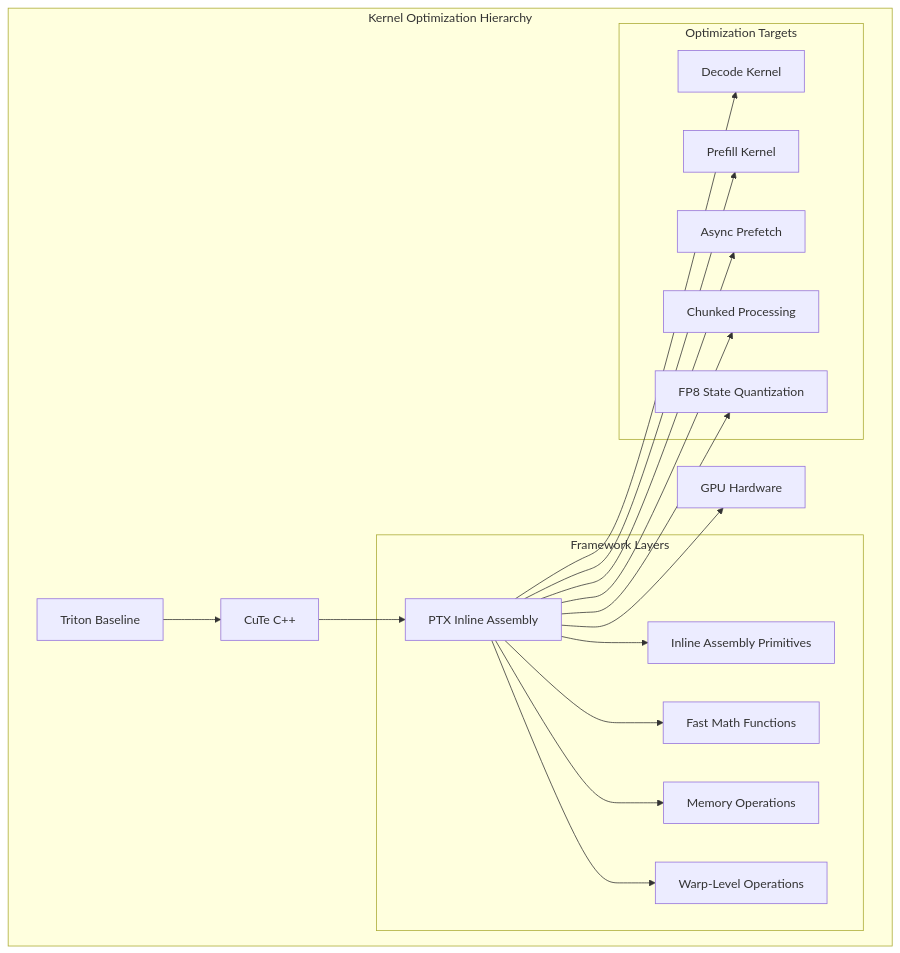
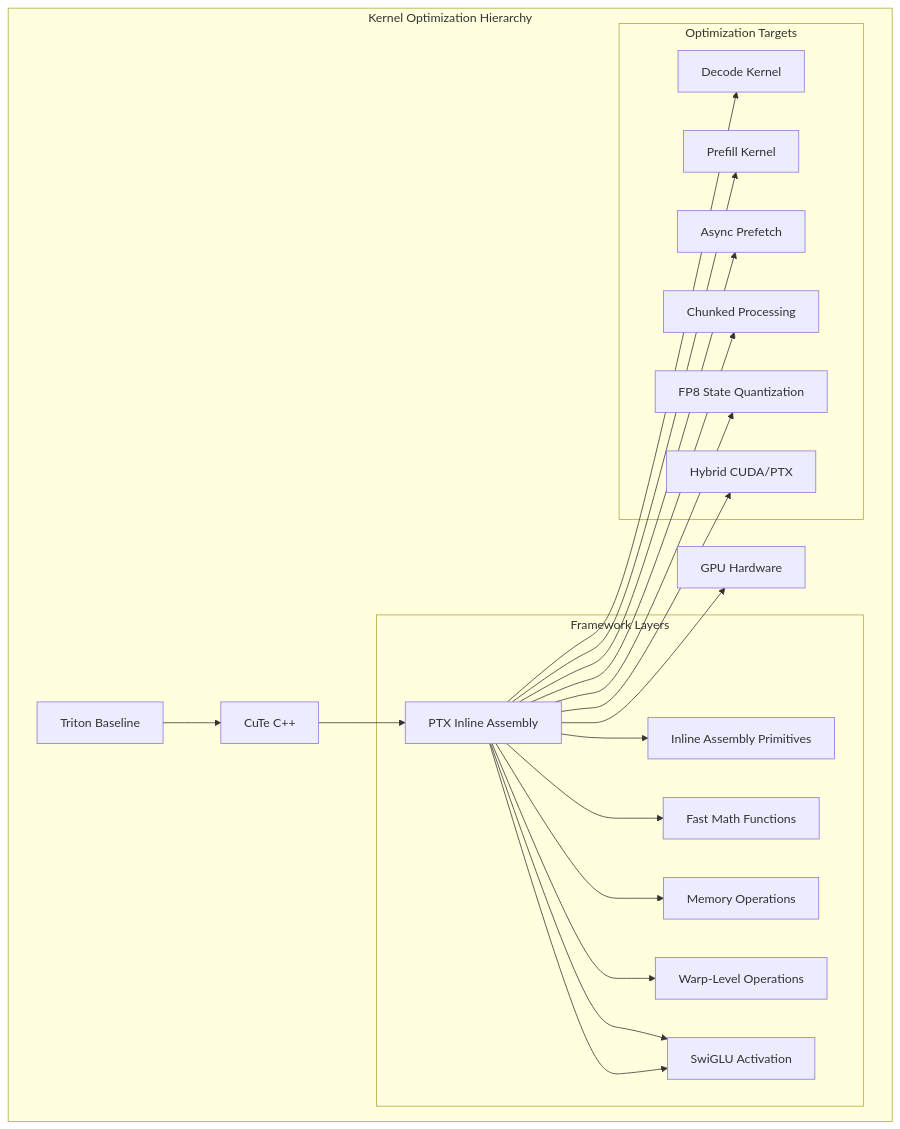
One commit to gugudeshubao/flashinfer-bench-tma-thrust changed the first of 16 diagrams in .qoder/repowiki/en/content/Core Kernels/PTX Inline Assembly Kernel Framework.md. Above: the diagram before and after it, drawn with Mermaid. The commit also changed other lines of this file and 46 other files, not shown here.

````diff
--- a/.qoder/repowiki/en/content/Core Kernels/PTX Inline Assembly Kernel Framework.md
+++ b/.qoder/repowiki/en/content/Core Kernels/PTX Inline Assembly Kernel Framework.md
@@ -55,26 +61,31 @@
 ```mermaid
 graph TB
 subgraph "Kernel Optimization Hierarchy"
 Triton[Triton Baseline] --> CuTe[CuTe C++]
 CuTe --> PTX[PTX Inline Assembly]
 PTX --> Hardware[GPU Hardware]
 subgraph "Framework Layers"
 PTX --> Primitives[Inline Assembly Primitives]
 PTX --> Math[Fast Math Functions]
 PTX --> Memory[Memory Operations]
 PTX --> Warp[Warp-Level Operations]
+PTX --> SwiGLU[SwiGLU Optimizations]
 end
 subgraph "Optimization Targets"
 Decode[Decode Kernel]
 Prefill[Prefill Kernel]
 Async[Async Prefetch]
 Chunking[Chunked Processing]
 Quantization[FP8 State Quantization]
+SwiGLU[SwiGLU Activation]
+Hybrid[Hybrid CUDA/PTX]
 end
 PTX --> Decode
 PTX --> Prefill
 PTX --> Async
 PTX --> Chunking
 PTX --> Quantization
+PTX --> SwiGLU
+PTX --> Hybrid
 end
 ```
````
